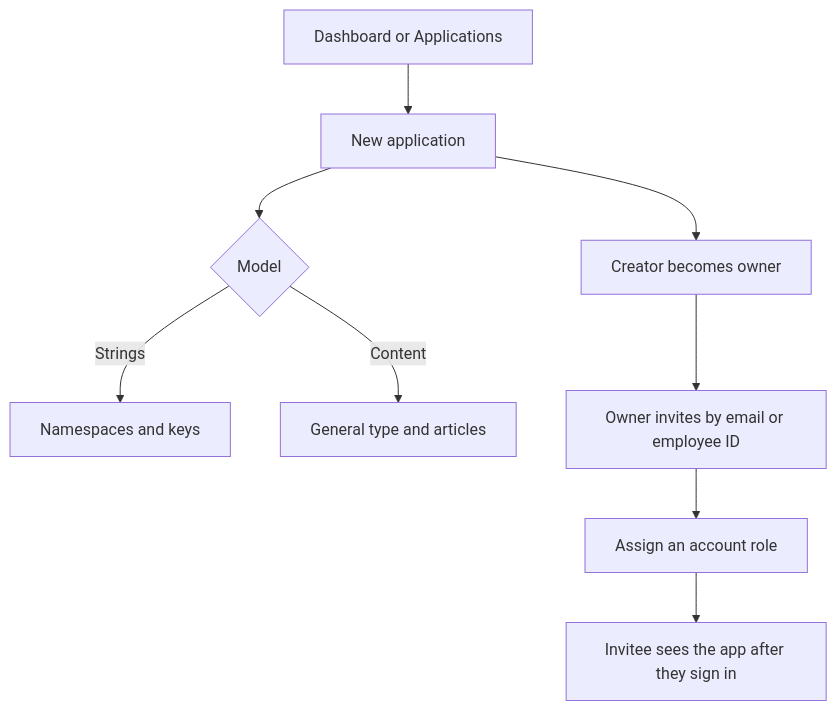
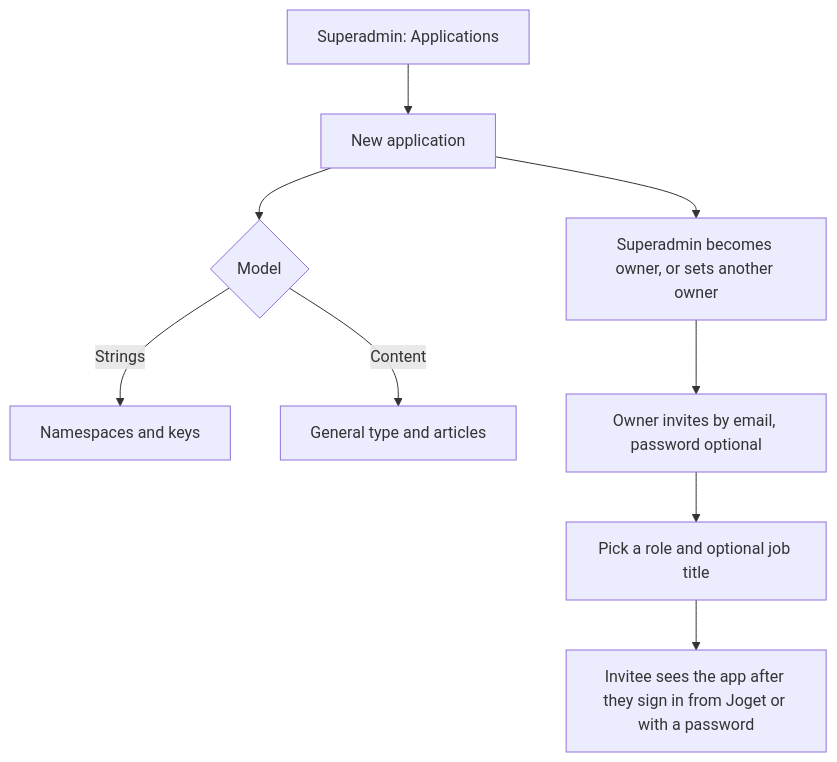
One commit to alanwongsh/mrdiy-lingo changed the fourth of 10 diagrams in docs/technical-documentation.md. Above: the diagram before and after it, drawn with Mermaid. The commit also changed other lines of this file and 71 other files, not shown here.

Commit message:
rework role access scoped by app

````diff
--- a/docs/technical-documentation.md
+++ b/docs/technical-documentation.md
@@ -314,11 +433,11 @@
 ```mermaid
 flowchart TD
-  A[Dashboard or Applications] --> B[New application]
+  A[Superadmin: Applications] --> B[New application]
   B --> C{Model}
   C -->|Strings| D[Namespaces and keys]
   C -->|Content| E[General type and articles]
-  B --> F[Creator becomes owner]
-  F --> G[Owner invites by email or employee ID]
-  G --> H[Assign an account role]
-  H --> I[Invitee sees the app after they sign in]
+  B --> F[Superadmin becomes owner, or sets another owner]
+  F --> G[Owner invites by email, password optional]
+  G --> H[Pick a role and optional job title]
+  H --> I[Invitee sees the app after they sign in from Joget or with a password]
 ```
````
